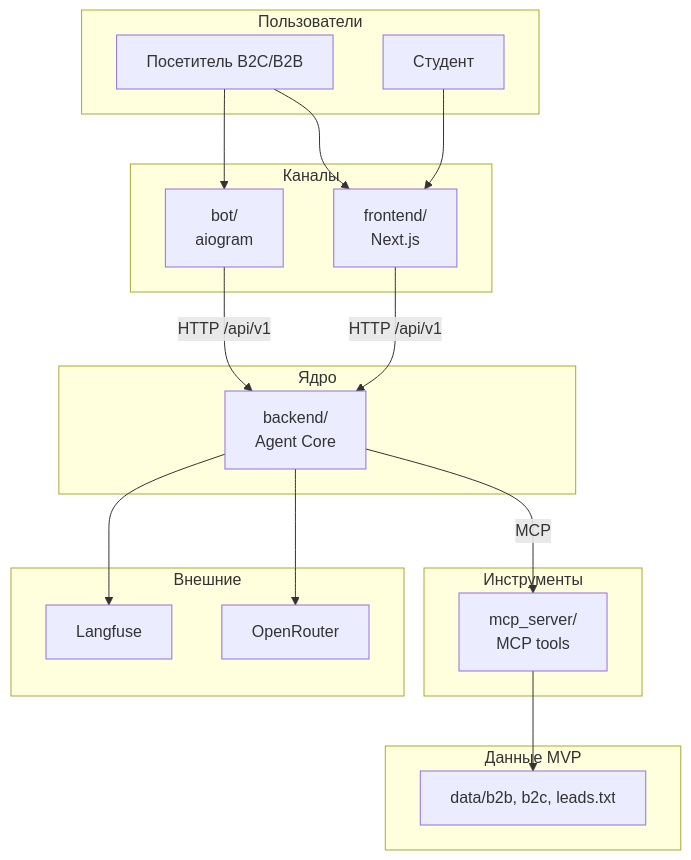
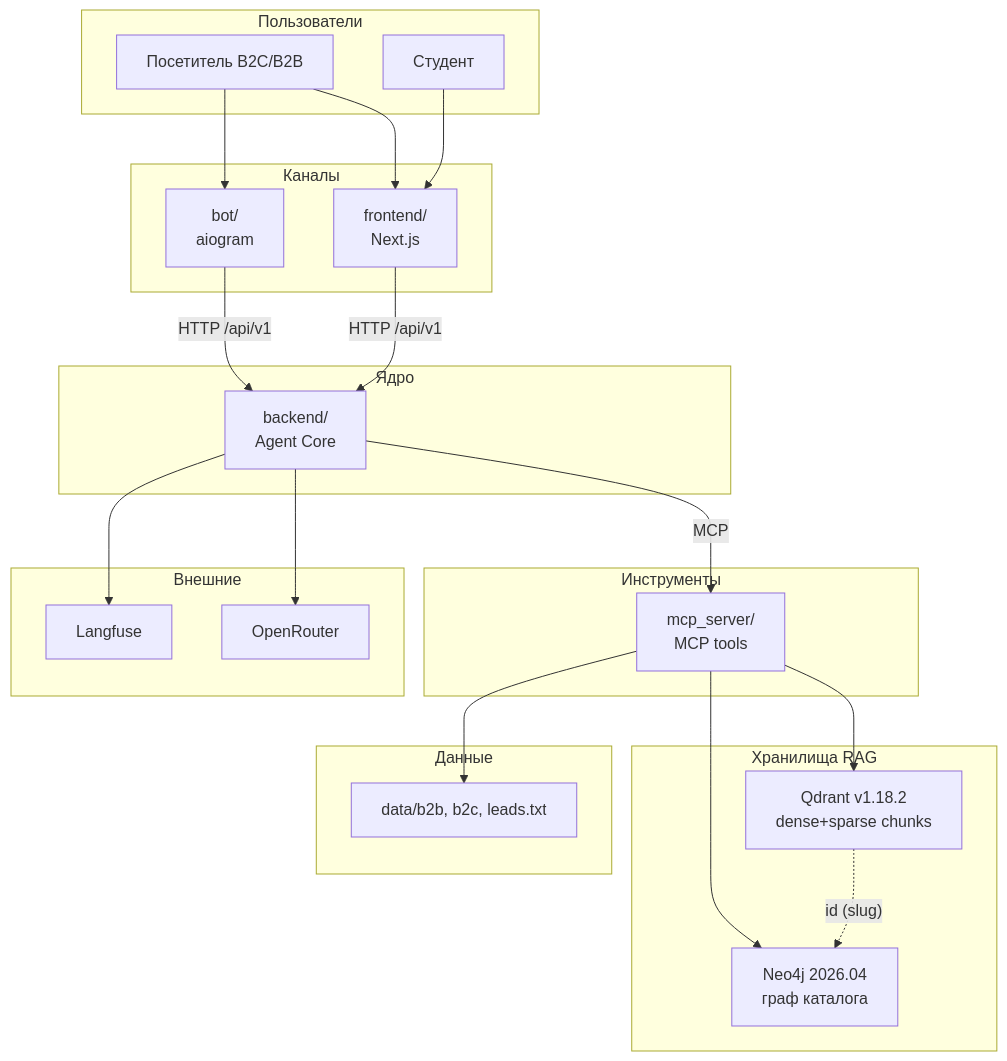
One commit to vzolotopupov77/llmstart-agent changed the first of 9 diagrams in docs/concept/architecture.md. Above: the diagram before and after it, drawn with Mermaid. The commit also changed other lines of this file and 153 other files, not shown here.

Commit message:
ДЗ-6: GraphRAG (граф каталога, гибрид+реранкер, text2cypher, маршрутизация)

````diff
--- a/docs/concept/architecture.md
+++ b/docs/concept/architecture.md
@@ -14,39 +16,47 @@
 ```mermaid
 flowchart TB
     subgraph users["Пользователи"]
         U1["Посетитель B2C/B2B"]
         U2["Студент"]
     end
 
     subgraph clients["Каналы"]
         WEB["frontend/<br/>Next.js"]
         BOT["bot/<br/>aiogram"]
     end
 
     subgraph core["Ядро"]
         API["backend/<br/>Agent Core"]
     end
 
     subgraph tools["Инструменты"]
         MCP["mcp_server/<br/>MCP tools"]
     end
 
-    subgraph data["Данные MVP"]
+    subgraph stores["Хранилища RAG"]
+        QD["Qdrant v1.18.2<br/>dense+sparse chunks"]
+        N4J["Neo4j 2026.04<br/>граф каталога"]
+    end
+
+    subgraph data["Данные"]
         DATA["data/b2b, b2c, leads.txt"]
     end
 
     subgraph ext["Внешние"]
         OR["OpenRouter"]
         LF["Langfuse"]
     end
 
     U1 --> WEB
     U1 --> BOT
     U2 --> WEB
     WEB -->|"HTTP /api/v1"| API
     BOT -->|"HTTP /api/v1"| API
     API -->|"MCP"| MCP
+    MCP --> QD
+    MCP --> N4J
     MCP --> DATA
     API --> OR
     API --> LF
+    QD -.->|"id (slug)"| N4J
 ```
````
